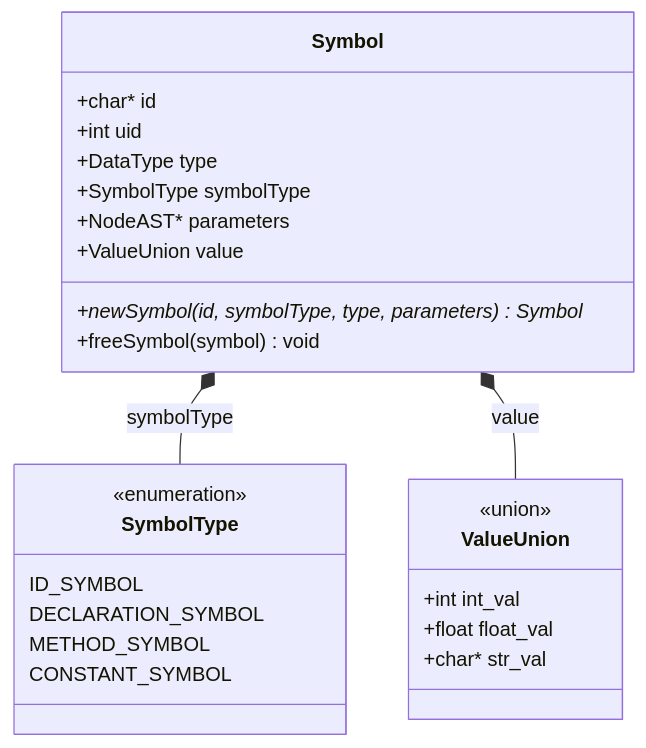
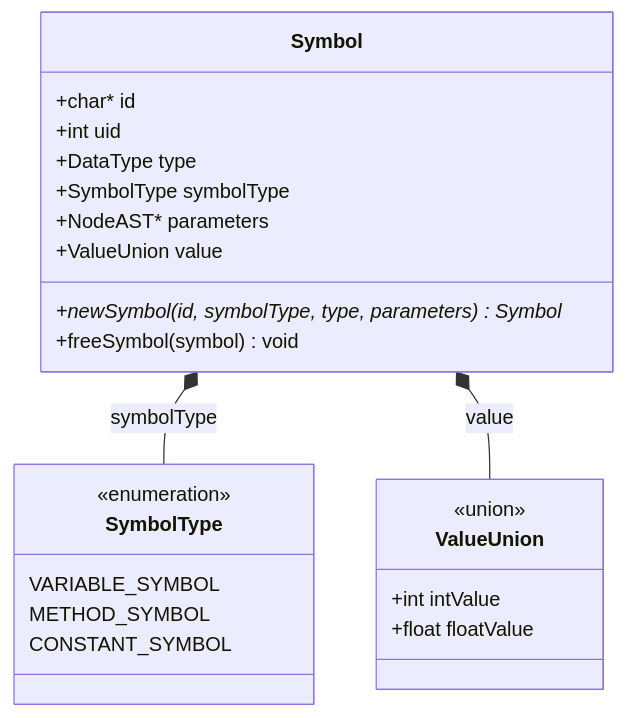
One commit to julivarea/compiler changed the second of 3 diagrams in documentacion/wiki/04-semantic-analysis.md. Above: the diagram before and after it, drawn with Mermaid. The commit also changed other lines of this file and 4 other files, not shown here.

````diff
--- a/documentacion/wiki/04-semantic-analysis.md
+++ b/documentacion/wiki/04-semantic-analysis.md
@@ -50,31 +50,29 @@
 ```mermaid
 classDiagram
     class Symbol {
         +char* id
         +int uid
         +DataType type
         +SymbolType symbolType
         +NodeAST* parameters
         +ValueUnion value
         +newSymbol(id, symbolType, type, parameters) Symbol*
         +freeSymbol(symbol) void
     }
 
     class SymbolType {
         <<enumeration>>
-        ID_SYMBOL
-        DECLARATION_SYMBOL
+        VARIABLE_SYMBOL
         METHOD_SYMBOL
         CONSTANT_SYMBOL
     }
 
     class ValueUnion {
         <<union>>
-        +int int_val
-        +float float_val
-        +char* str_val
+        +int intValue
+        +float floatValue
     }
 
     Symbol *-- SymbolType : symbolType
     Symbol *-- ValueUnion : value
 ```
````
